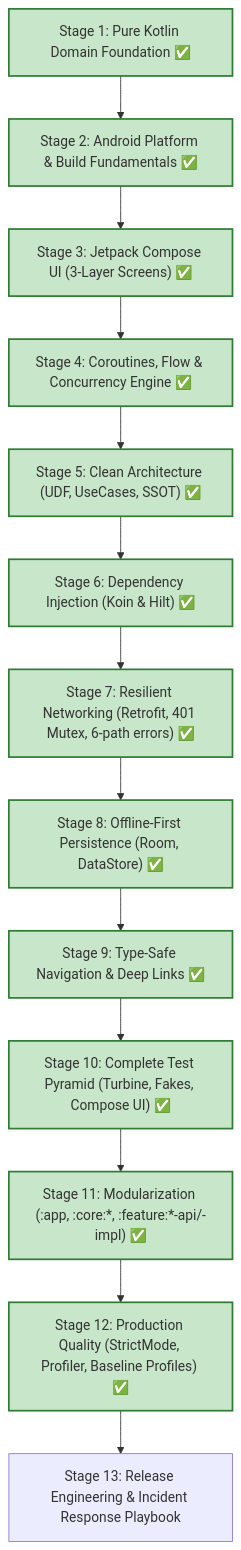
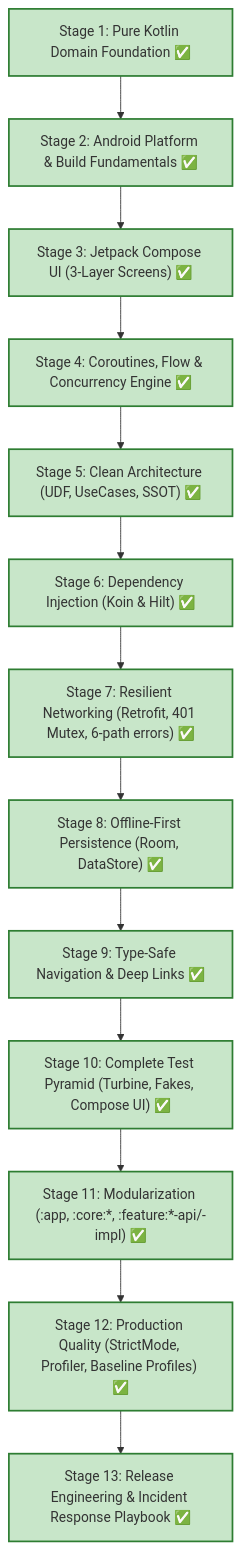
One commit to rohitlavate97/android-development changed the first of 2 diagrams in enterprise-finance-tracker-real-time-app/README.md. Above: the diagram before and after it, drawn with Mermaid. The commit also changed other lines of this file and 9 other files, not shown here.

Commit message:
feat(stage-13): Complete Stage 13 with production ProGuard/R8 rules, release configuration, incident playbook, and final release checklist

````diff
--- a/enterprise-finance-tracker-real-time-app/README.md
+++ b/enterprise-finance-tracker-real-time-app/README.md
@@ -21,28 +22,29 @@
 ```mermaid
 graph TD
     S01["Stage 1: Pure Kotlin Domain Foundation ✅"] --> S02["Stage 2: Android Platform & Build Fundamentals ✅"]
     S02 --> S03["Stage 3: Jetpack Compose UI (3-Layer Screens) ✅"]
     S03 --> S04["Stage 4: Coroutines, Flow & Concurrency Engine ✅"]
     S04 --> S05["Stage 5: Clean Architecture (UDF, UseCases, SSOT) ✅"]
     S05 --> S06["Stage 6: Dependency Injection (Koin & Hilt) ✅"]
     S06 --> S07["Stage 7: Resilient Networking (Retrofit, 401 Mutex, 6-path errors) ✅"]
     S07 --> S08["Stage 8: Offline-First Persistence (Room, DataStore) ✅"]
     S08 --> S09["Stage 9: Type-Safe Navigation & Deep Links ✅"]
     S09 --> S10["Stage 10: Complete Test Pyramid (Turbine, Fakes, Compose UI) ✅"]
     S10 --> S11["Stage 11: Modularization (:app, :core:*, :feature:*-api/-impl) ✅"]
     S11 --> S12["Stage 12: Production Quality (StrictMode, Profiler, Baseline Profiles) ✅"]
-    S12 --> S13["Stage 13: Release Engineering & Incident Response Playbook"]
+    S12 --> S13["Stage 13: Release Engineering & Incident Response Playbook ✅"]
 
     style S01 fill:#c8e6c9,stroke:#2e7d32,stroke-width:2px
     style S02 fill:#c8e6c9,stroke:#2e7d32,stroke-width:2px
     style S03 fill:#c8e6c9,stroke:#2e7d32,stroke-width:2px
     style S04 fill:#c8e6c9,stroke:#2e7d32,stroke-width:2px
     style S05 fill:#c8e6c9,stroke:#2e7d32,stroke-width:2px
     style S06 fill:#c8e6c9,stroke:#2e7d32,stroke-width:2px
     style S07 fill:#c8e6c9,stroke:#2e7d32,stroke-width:2px
     style S08 fill:#c8e6c9,stroke:#2e7d32,stroke-width:2px
     style S09 fill:#c8e6c9,stroke:#2e7d32,stroke-width:2px
     style S10 fill:#c8e6c9,stroke:#2e7d32,stroke-width:2px
     style S11 fill:#c8e6c9,stroke:#2e7d32,stroke-width:2px
     style S12 fill:#c8e6c9,stroke:#2e7d32,stroke-width:2px
+    style S13 fill:#c8e6c9,stroke:#2e7d32,stroke-width:2px
 ```
````
